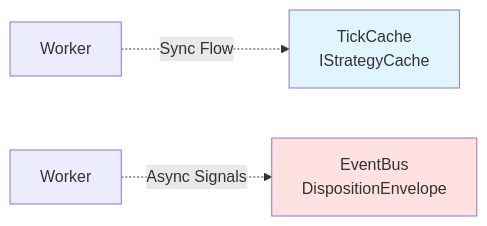
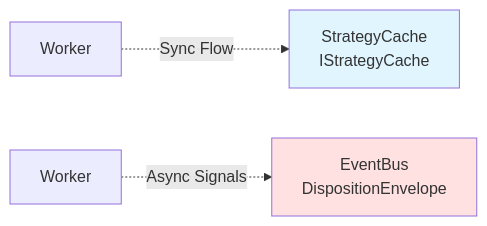
Before and after one commit to MikeyVK/S1mpleTraderV3: the first of 2 diagrams in docs/architecture/README.md, drawn with Mermaid. The commit also changed other lines of this file and 1 other file, not shown here.

````diff
--- a/docs/architecture/README.md
+++ b/docs/architecture/README.md
@@ -106,8 +106,8 @@
 ```mermaid
 graph LR
-    W1[Worker] -.Sync Flow.-> TC[TickCache<br/>IStrategyCache]
+    W1[Worker] -.Sync Flow.-> SC[StrategyCache<br/>IStrategyCache]
     W2[Worker] -.Async Signals.-> Bus[EventBus<br/>DispositionEnvelope]
     
-    style TC fill:#e1f5ff
+    style SC fill:#e1f5ff
     style Bus fill:#ffe1e1
 ```
````
